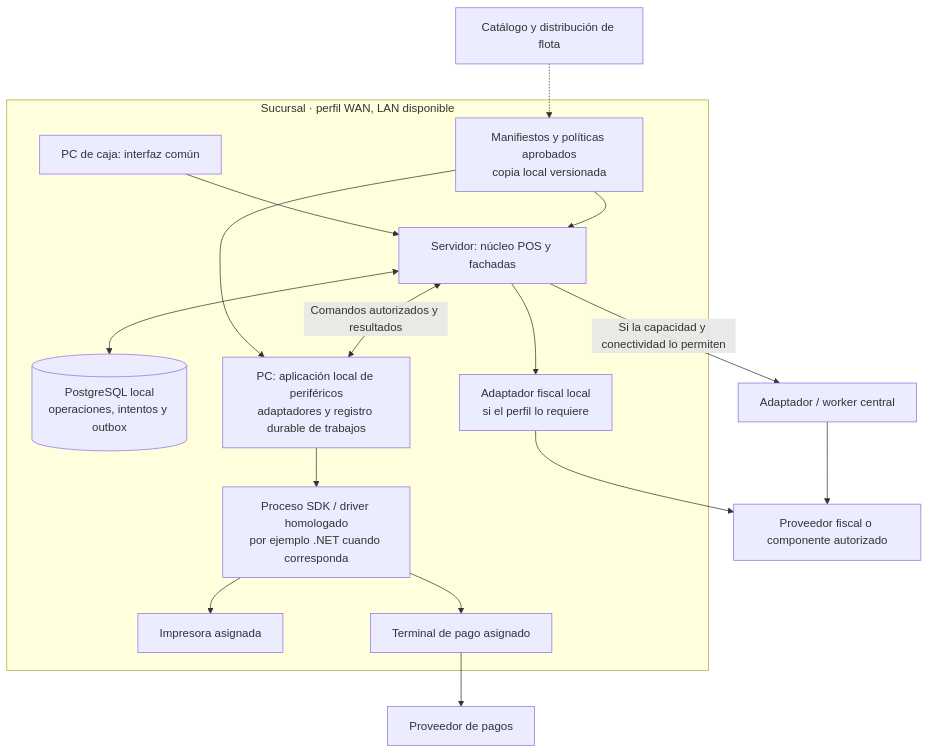
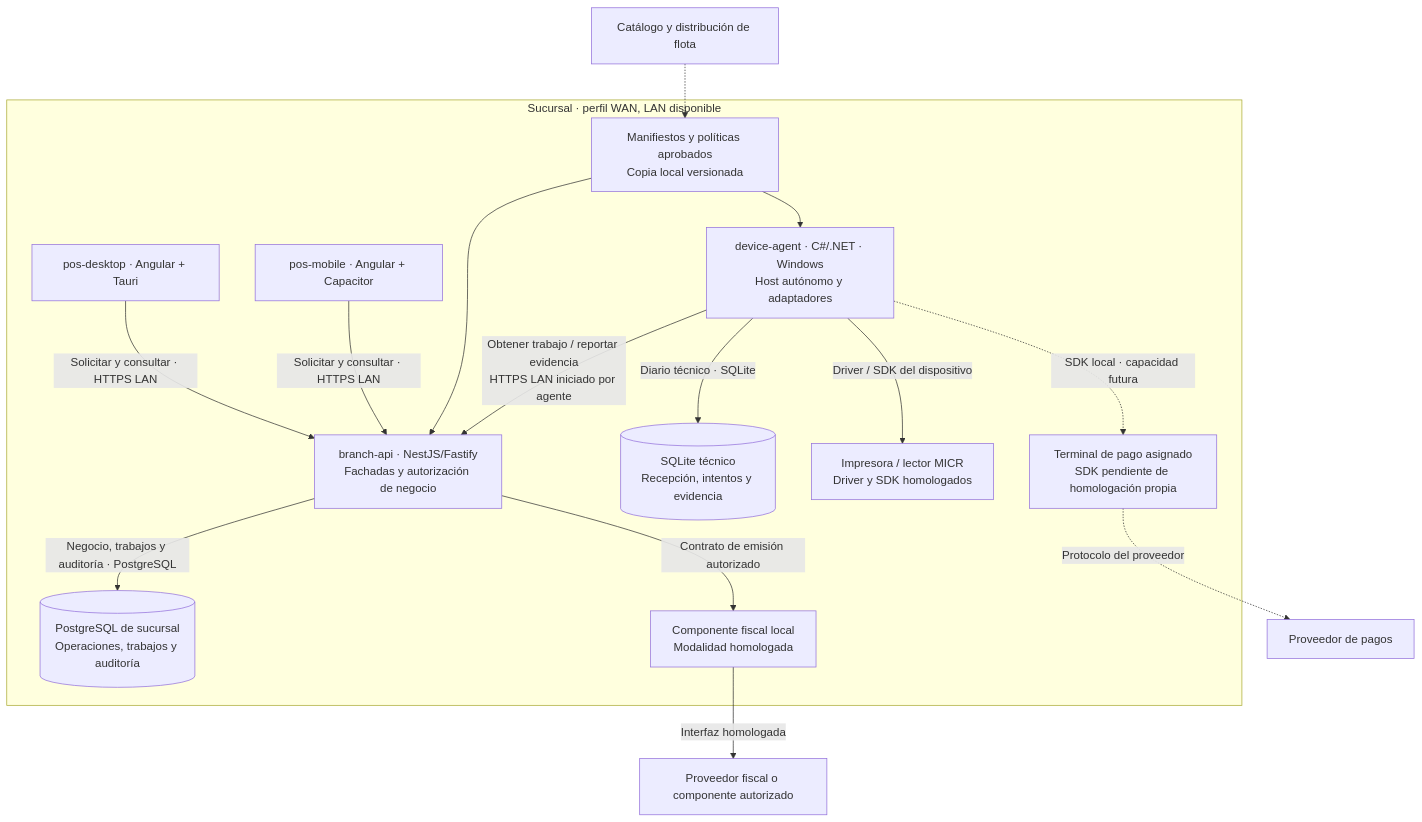
The diagram in docs/extensibilidad-proveedores-dispositivos.md (developer-implementos/pos-docs), drawn with Mermaid before and after one commit. The commit also changed other lines of this file and 94 other files, not shown here.

Commit message:
docs: define autonomous device agent across architecture and roadmap

````diff
--- a/docs/extensibilidad-proveedores-dispositivos.md
+++ b/docs/extensibilidad-proveedores-dispositivos.md
@@ -56,28 +56,28 @@
 ```mermaid
 flowchart TB
     subgraph Sucursal["Sucursal · perfil WAN, LAN disponible"]
-        UI["PC de caja: interfaz común"]
-        POS["Servidor: núcleo POS y fachadas"]
-        DB[("PostgreSQL local<br/>operaciones, intentos y outbox")]
-        Config["Manifiestos y políticas aprobados<br/>copia local versionada"]
-        Agent["PC: aplicación local de periféricos<br/>adaptadores y registro durable de trabajos"]
-        SDK["Proceso SDK / driver homologado<br/>por ejemplo .NET cuando corresponda"]
-        Printer["Impresora asignada"]
-        Terminal["Terminal de pago asignado"]
-        FiscalLocal["Adaptador fiscal local<br/>si el perfil lo requiere"]
-        UI --> POS
-        POS <--> DB
+        UI["pos-desktop · Angular + Tauri"]
+        Mobile["pos-mobile · Angular + Capacitor"]
+        POS["branch-api · NestJS/Fastify<br/>Fachadas y autorización de negocio"]
+        DB[("PostgreSQL de sucursal<br/>Operaciones, trabajos y auditoría")]
+        Config["Manifiestos y políticas aprobados<br/>Copia local versionada"]
+        Agent["device-agent · C#/.NET · Windows<br/>Host autónomo y adaptadores"]
+        Journal[("SQLite técnico<br/>Recepción, intentos y evidencia")]
+        Printer["Impresora / lector MICR<br/>Driver y SDK homologados"]
+        Terminal["Terminal de pago asignado<br/>SDK pendiente de homologación propia"]
+        FiscalLocal["Componente fiscal local<br/>Modalidad homologada"]
+        UI -->|"Solicitar y consultar · HTTPS LAN"| POS
+        Mobile -->|"Solicitar y consultar · HTTPS LAN"| POS
+        POS -->|"Negocio, trabajos y auditoría · PostgreSQL"| DB
         Config --> POS
         Config --> Agent
-        POS <-->|"Comandos autorizados y resultados"| Agent
-        Agent --> SDK
-        SDK --> Printer
-        SDK --> Terminal
-        POS --> FiscalLocal
+        Agent -->|"Obtener trabajo / reportar evidencia<br/>HTTPS LAN iniciado por agente"| POS
+        Agent -->|"Diario técnico · SQLite"| Journal
+        Agent -->|"Driver / SDK del dispositivo"| Printer
+        Agent -.->|"SDK local · capacidad futura"| Terminal
+        POS -->|"Contrato de emisión autorizado"| FiscalLocal
     end
-    POS -->|"Si la capacidad y conectividad lo permiten"| Central["Adaptador / worker central"]
-    FiscalLocal --> Fiscal["Proveedor fiscal o componente autorizado"]
-    Central --> Fiscal
-    Terminal --> Acquirer["Proveedor de pagos"]
+    FiscalLocal -->|"Interfaz homologada"| Fiscal["Proveedor fiscal o componente autorizado"]
+    Terminal -.->|"Protocolo del proveedor"| Acquirer["Proveedor de pagos"]
     Fleet["Catálogo y distribución de flota"] -.-> Config
 ```
````
